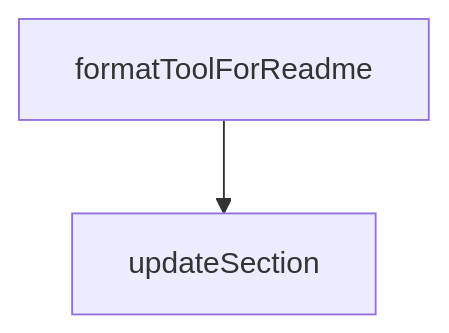
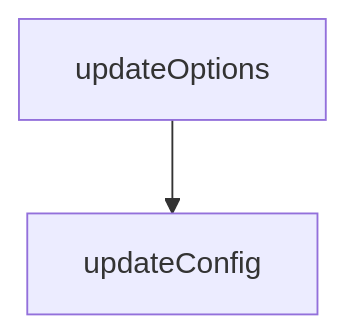
The diagram in tutorials/playwright-mcp-tutorial/03-installation-across-host-clients.md (johnxie/awesome-code-docs), drawn with Mermaid before and after one commit. The commit also changed other lines of this file and 104 other files, not shown here.

````diff
--- a/tutorials/playwright-mcp-tutorial/03-installation-across-host-clients.md
+++ b/tutorials/playwright-mcp-tutorial/03-installation-across-host-clients.md
@@ -133,6 +131,6 @@
 ```mermaid
 flowchart TD
-    A[formatToolForReadme]
-    B[updateSection]
+    A[updateOptions]
+    B[updateConfig]
     A --> B
 ```
````
